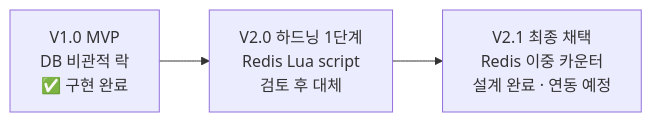
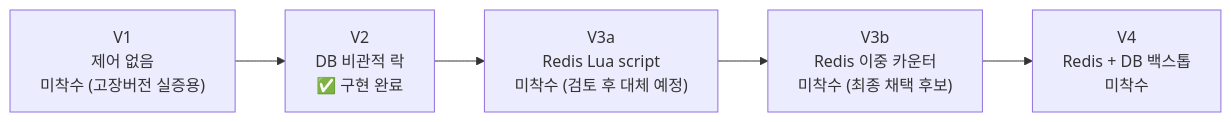
Before and after one commit to Mealiver-IT/Mealiver-IT-BE: the first of 3 diagrams in README.md, drawn with Mermaid. The commit also changed other lines of this file, not shown here.

````diff
--- a/README.md
+++ b/README.md
@@ -159,4 +158,4 @@
 ```mermaid
 flowchart LR
-    V1["V1.0 MVP<br/>DB 비관적 락<br/>✅ 구현 완료"] --> V20["V2.0 하드닝 1단계<br/>Redis Lua script<br/>검토 후 대체"] --> V21["V2.1 최종 채택<br/>Redis 이중 카운터<br/>설계 완료 · 연동 예정"]
+    V1["V1<br/>제어 없음<br/>미착수 (고장버전 실증용)"] --> V2["V2<br/>DB 비관적 락<br/>✅ 구현 완료"] --> V3a["V3a<br/>Redis Lua script<br/>미착수 (검토 후 대체 예정)"] --> V3b["V3b<br/>Redis 이중 카운터<br/>미착수 (최종 채택 후보)"] --> V4["V4<br/>Redis + DB 백스톱<br/>미착수"]
 ```
````
